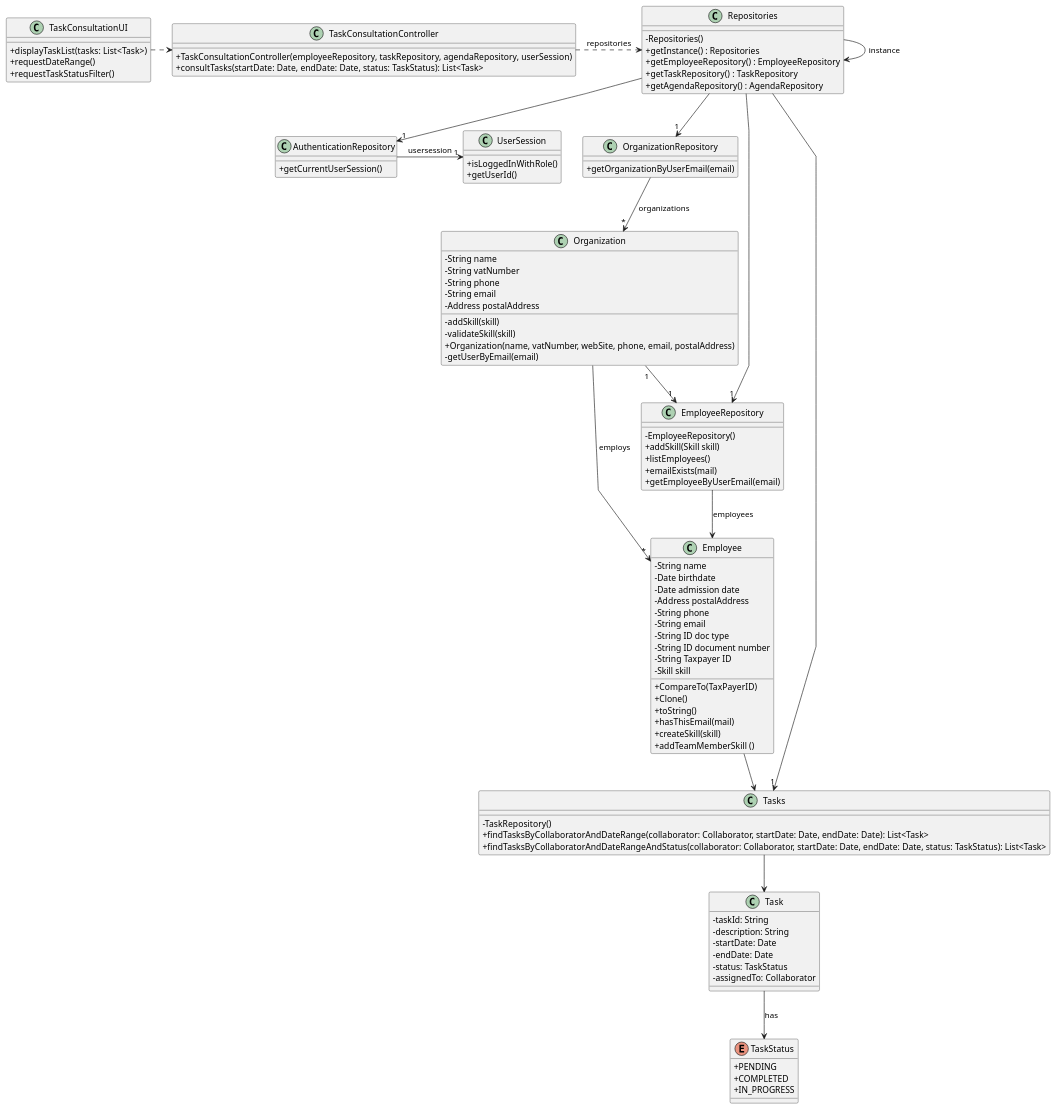
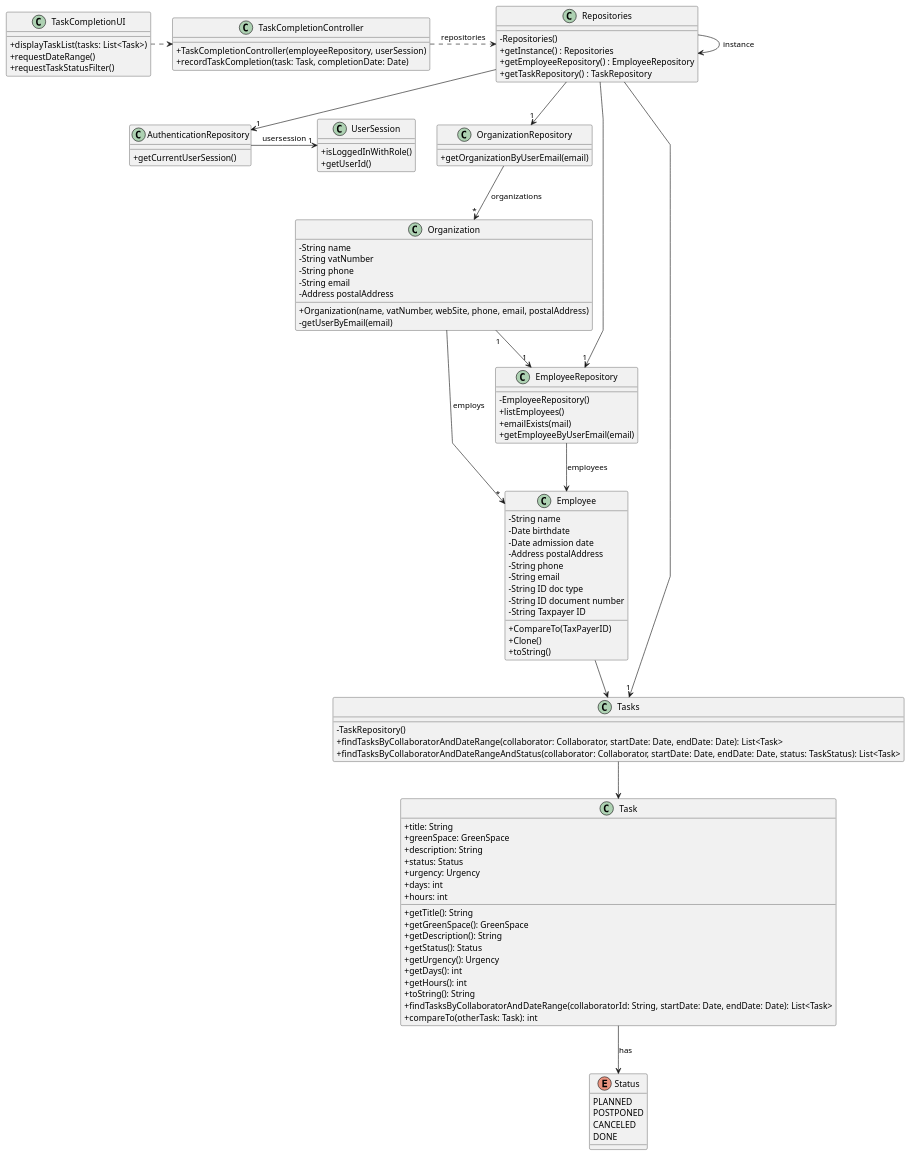
Before and after one commit to Mendoncaa/LAPR2: the diagram in docs/sprintC/US029/03.design/puml/us029-class-diagram.puml, drawn with PlantUML. The commit also changed 1 other file, not shown here.

Commit message:
Update class diagram (US28 and US29)

```diff
--- a/docs/sprintC/US029/03.design/puml/us029-class-diagram.puml
+++ b/docs/sprintC/US029/03.design/puml/us029-class-diagram.puml
@@ -1,122 +1,131 @@
 @startuml
 'skinparam monochrome true
 skinparam packageStyle rectangle
 skinparam shadowing false
 skinparam linetype polyline
 'skinparam linetype orto
 
 skinparam classAttributeIconSize 0
 
 'left to right direction
 
 
-class TaskConsultationUI {
+class TaskCompletionUI {
     + displayTaskList(tasks: List<Task>)
     + requestDateRange()
     + requestTaskStatusFilter()
 }
 
-class TaskConsultationController {
-    + TaskConsultationController(employeeRepository, taskRepository, agendaRepository, userSession)
-    + consultTasks(startDate: Date, endDate: Date, status: TaskStatus): List<Task>
+class TaskCompletionController {
+    + TaskCompletionController(employeeRepository, userSession)
+    + recordTaskCompletion(task: Task, completionDate: Date)
 }
 
 class Repositories {
     - Repositories()
     + getInstance() : Repositories
     + getEmployeeRepository() : EmployeeRepository
     + getTaskRepository() : TaskRepository
-    + getAgendaRepository() : AgendaRepository
 }
 
 class OrganizationRepository {
     + getOrganizationByUserEmail(email)
 }
 
 class Organization {
     - String name
     - String vatNumber
     - String phone
     - String email
     - Address postalAddress
-    - addSkill(skill)
-    - validateSkill(skill)
     + Organization(name, vatNumber, webSite, phone, email, postalAddress)
     - getUserByEmail(email)
 }
 
 class AuthenticationRepository {
     + getCurrentUserSession()
 }
 
 class UserSession {
     + isLoggedInWithRole()
     + getUserId()
 }
 
 class EmployeeRepository {
     - EmployeeRepository()
-    + addSkill(Skill skill)
     + listEmployees()
     + emailExists(mail)
     + getEmployeeByUserEmail(email)
 }
 
 class Employee {
     - String name
     - Date birthdate
     - Date admission date
     - Address postalAddress
     - String phone
     - String email
     - String ID doc type
     - String ID document number
     - String Taxpayer ID
-    - Skill skill
     + CompareTo(TaxPayerID)
     + Clone()
     + toString()
-    + hasThisEmail(mail)
-    + createSkill(skill)
-    + addTeamMemberSkill ()
 }
 
 
 class Tasks {
     - TaskRepository()
     + findTasksByCollaboratorAndDateRange(collaborator: Collaborator, startDate: Date, endDate: Date): List<Task>
     + findTasksByCollaboratorAndDateRangeAndStatus(collaborator: Collaborator, startDate: Date, endDate: Date, status: TaskStatus): List<Task>
 }
 
 class Task {
-    - taskId: String
-    - description: String
-    - startDate: Date
-    - endDate: Date
-    - status: TaskStatus
-    - assignedTo: Collaborator
+    + title: String
+    + greenSpace: GreenSpace
+    + description: String
+    + status: Status
+    + urgency: Urgency
+    + days: int
+    + hours: int
+    + getTitle(): String
+    + getGreenSpace(): GreenSpace
+    + getDescription(): String
+    + getStatus(): Status
+    + getUrgency(): Urgency
+    + getDays(): int
+    + getHours(): int
+    + toString(): String
+    + findTasksByCollaboratorAndDateRange(collaboratorId: String, startDate: Date, endDate: Date): List<Task>
+    + compareTo(otherTask: Task): int
 }
 
-enum TaskStatus {
-    + PENDING
-    + COMPLETED
-    + IN_PROGRESS
+
+enum Status {
+    PLANNED
+    POSTPONED
+    CANCELED
+    DONE
 }
 
+
+
+
+
 Repositories -> Repositories : instance
-TaskConsultationUI .> TaskConsultationController
+TaskCompletionUI .> TaskCompletionController
 Repositories --> "1" OrganizationRepository
 OrganizationRepository --> "*" Organization : organizations
 Organization "1" --> "1" EmployeeRepository
 Organization  --> "*" Employee : employs
-TaskConsultationController .> Repositories : repositories
+TaskCompletionController .> Repositories : repositories
 Repositories --> "1" AuthenticationRepository
 Repositories --> "1" EmployeeRepository
 Repositories --> "1" Tasks
 AuthenticationRepository -> "1" UserSession : usersession
 EmployeeRepository --> Employee : employees
-Tasks --> Task
-Task --> TaskStatus : has
+Tasks--> Task
+Task --> Status : has
 Employee --> Tasks
 
 @enduml
```
